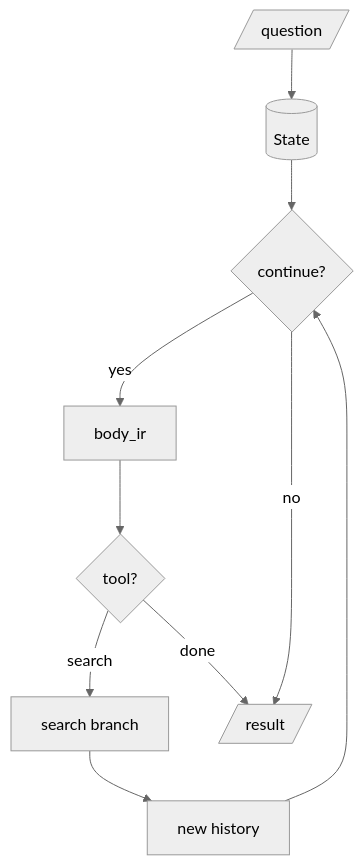
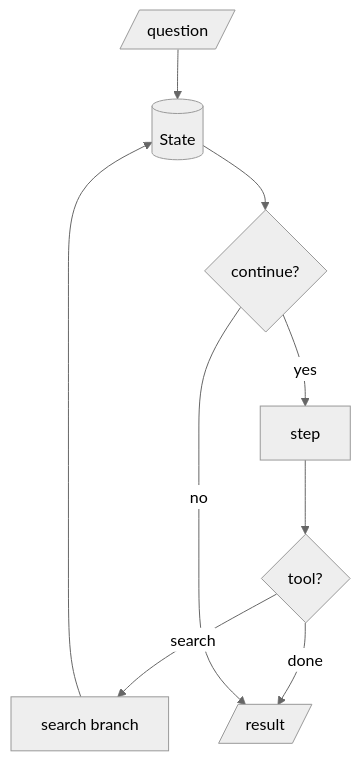
Before and after one commit to ASEM000/autoform: the diagram in docs/recipes/tool-use-agent.md, drawn with Mermaid (neutral theme). The commit also changed 3 other files, not shown here.

Commit message:
docs: edit mermaid style

````diff
--- a/docs/recipes/tool-use-agent.md
+++ b/docs/recipes/tool-use-agent.md
@@ -9,12 +9,11 @@
 ```{mermaid}
 flowchart TD
-    Q[/question/] --> I[(State)]
-    I --> C{"continue?"}
-    C -- yes --> B["body_ir"]
-    B --> D{"tool?"}
-    D -- search --> S["search branch"]
-    S --> H["new history"]
-    H --> C
+    Q[/question/] --> S[(State)]
+    S --> C{"continue?"}
+    C -- yes --> Step["step"]
+    Step --> D{"tool?"}
+    D -- search --> Search["search branch"]
+    Search --> S
     D -- done --> R[/result/]
     C -- no --> R
 ```
````
